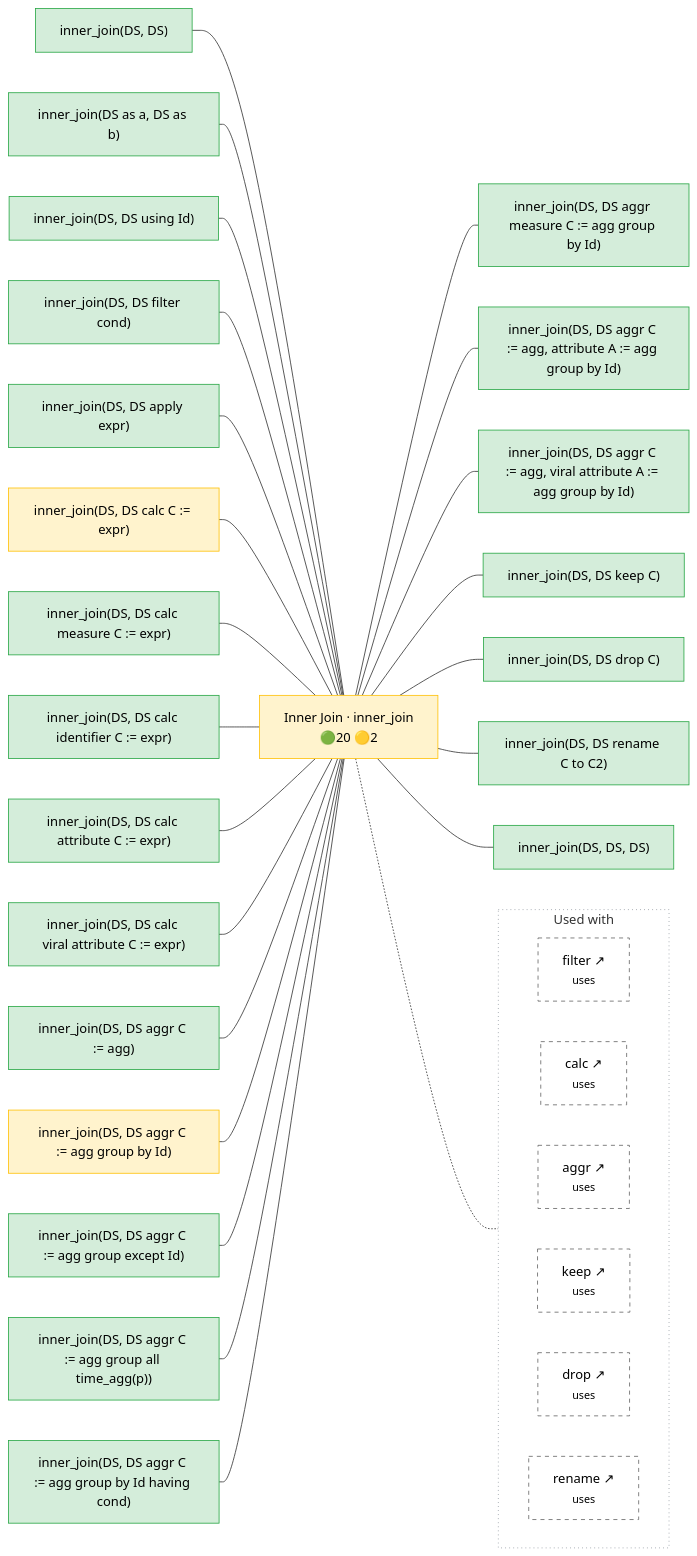
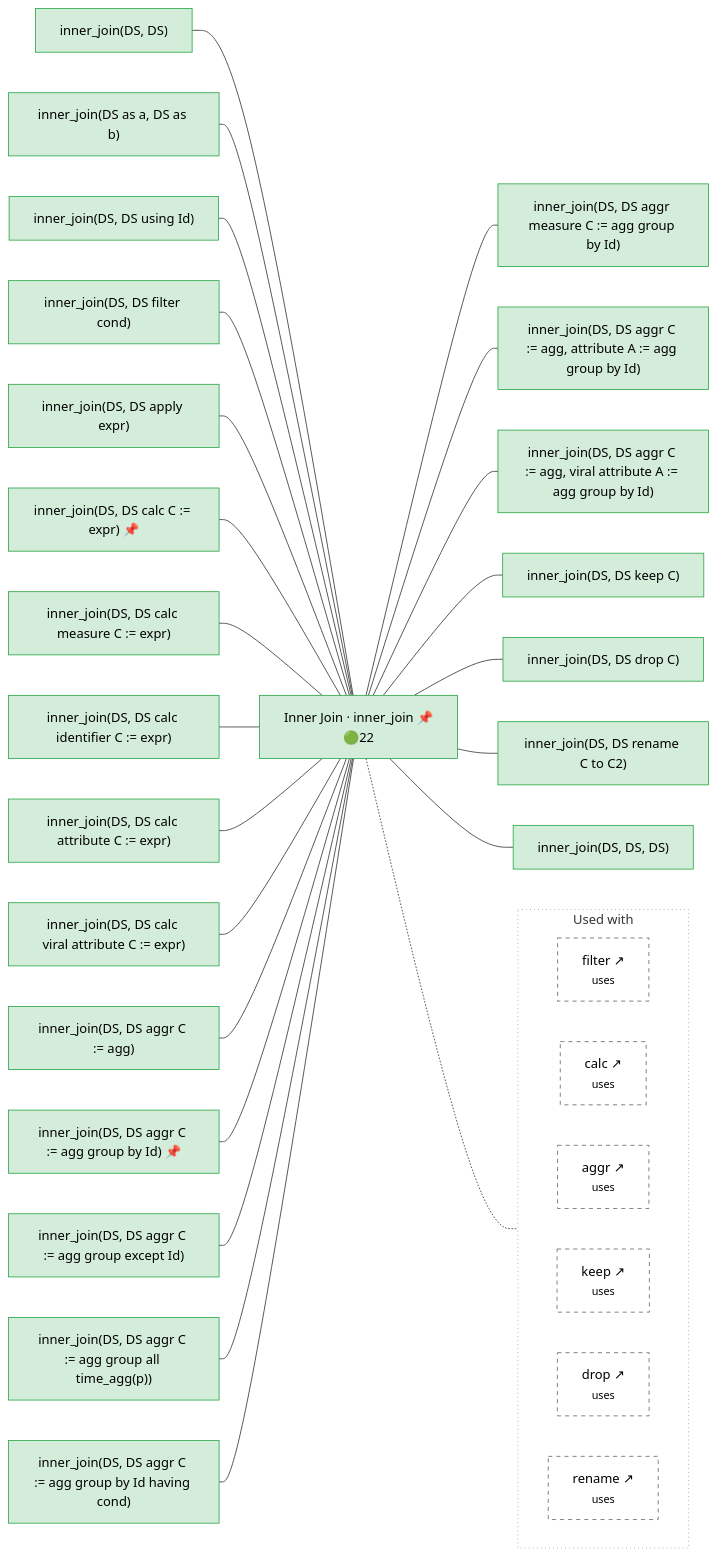
The diagram in docs/operator_map/join/inner_join.rst (Meaningful-Data/vtlengine), drawn with Mermaid before and after one commit. The commit also changed other lines of this file and 133 other files, not shown here.

```diff
--- a/docs/operator_map/join/inner_join.rst
+++ b/docs/operator_map/join/inner_join.rst
@@ -32,19 +32,19 @@
        classDef diverge fill:#cce5ff,stroke:#007bff,color:#000
        classDef block fill:#2b3a4a,stroke:#2b3a4a,color:#fff,font-weight:bold
        classDef ext fill:#fff,stroke:#666,color:#000,stroke-dasharray: 5 5
-       O["Inner Join · inner_join<br/>🟢20 🟡2"]:::partial
+       O["Inner Join · inner_join 📌<br/>🟢22"]:::ok
        v_bare["inner_join(DS, DS)"]:::ok
        v_aliases["inner_join(DS as a, DS as b)"]:::ok
        v_using["inner_join(DS, DS using Id)"]:::ok
        v_filter["inner_join(DS, DS filter cond)"]:::ok
        v_apply["inner_join(DS, DS apply expr)"]:::ok
-       v_calc_default["inner_join(DS, DS calc C #58;#61; expr)"]:::partial
+       v_calc_default["inner_join(DS, DS calc C #58;#61; expr) 📌"]:::ok
        v_calc_measure["inner_join(DS, DS calc measure C #58;#61; expr)"]:::ok
        v_calc_identifier["inner_join(DS, DS calc identifier C #58;#61; expr)"]:::ok
        v_calc_attribute["inner_join(DS, DS calc attribute C #58;#61; expr)"]:::ok
        v_calc_viral_attribute["inner_join(DS, DS calc viral attribute C #58;#61; expr)"]:::ok
        v_aggr_no_group["inner_join(DS, DS aggr C #58;#61; agg)"]:::ok
-       v_aggr_group_by["inner_join(DS, DS aggr C #58;#61; agg group by Id)"]:::partial
+       v_aggr_group_by["inner_join(DS, DS aggr C #58;#61; agg group by Id) 📌"]:::ok
        v_aggr_group_except["inner_join(DS, DS aggr C #58;#61; agg group except Id)"]:::ok
        v_aggr_group_all["inner_join(DS, DS aggr C #58;#61; agg group all time_agg(p))"]:::ok
        v_aggr_having["inner_join(DS, DS aggr C #58;#61; agg group by Id having cond)"]:::ok
```
